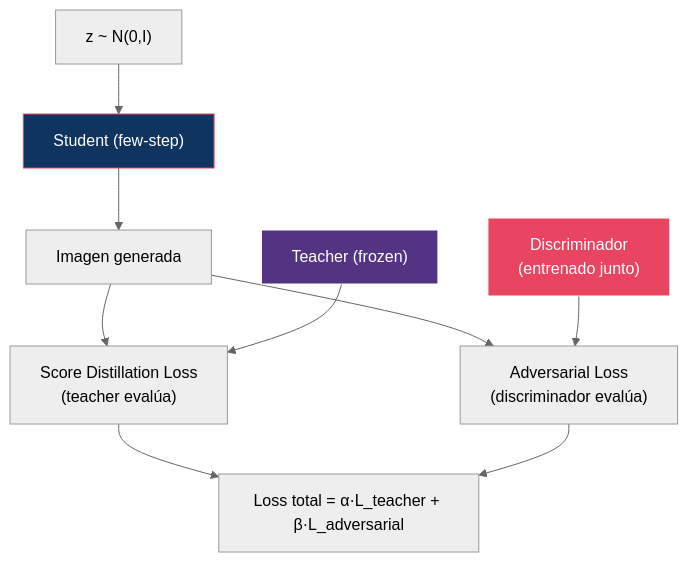
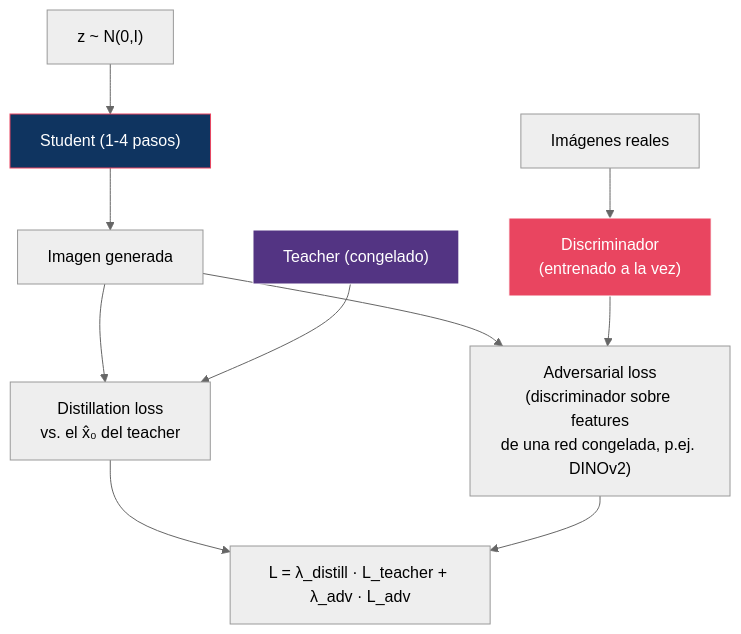
The third of 4 diagrams in 10-distillation/README.md (DavidDevGt/DifusionReal), drawn with Mermaid (neutral theme) before and after one commit. The commit also changed other lines of this file, not shown here.

````diff
--- a/10-distillation/README.md
+++ b/10-distillation/README.md
@@ -135,18 +199,19 @@
 ```mermaid
 graph TB
-    NOISE["z ~ N(0,I)"] --> STUDENT["Student (few-step)"]
+    NOISE["z ~ N(0,I)"] --> STUDENT["Student (1-4 pasos)"]
     STUDENT --> GEN_IMG["Imagen generada"]
 
-    GEN_IMG --> TEACHER_LOSS["Score Distillation Loss<br/>(teacher evalúa)"]
-    GEN_IMG --> DISC_LOSS["Adversarial Loss<br/>(discriminador evalúa)"]
+    GEN_IMG --> TEACHER_LOSS["Distillation loss<br/>vs. el x̂₀ del teacher"]
+    GEN_IMG --> DISC_LOSS["Adversarial loss<br/>(discriminador sobre features<br/>de una red congelada, p.ej. DINOv2)"]
 
-    TEACHER["Teacher (frozen)"] --> TEACHER_LOSS
-    DISC["Discriminador<br/>(entrenado junto)"] --> DISC_LOSS
+    TEACHER["Teacher (congelado)"] --> TEACHER_LOSS
+    DISC["Discriminador<br/>(entrenado a la vez)"] --> DISC_LOSS
+    REAL["Imágenes reales"] --> DISC
 
-    TEACHER_LOSS --> TOTAL["Loss total = α·L_teacher + β·L_adversarial"]
+    TEACHER_LOSS --> TOTAL["L = λ_distill · L_teacher + λ_adv · L_adv"]
     DISC_LOSS --> TOTAL
 
     style STUDENT fill:#0f3460,stroke:#e94560,color:#fff
     style DISC fill:#e94560,stroke:#fff,color:#fff
     style TEACHER fill:#533483,stroke:#fff,color:#fff
 ```
````
